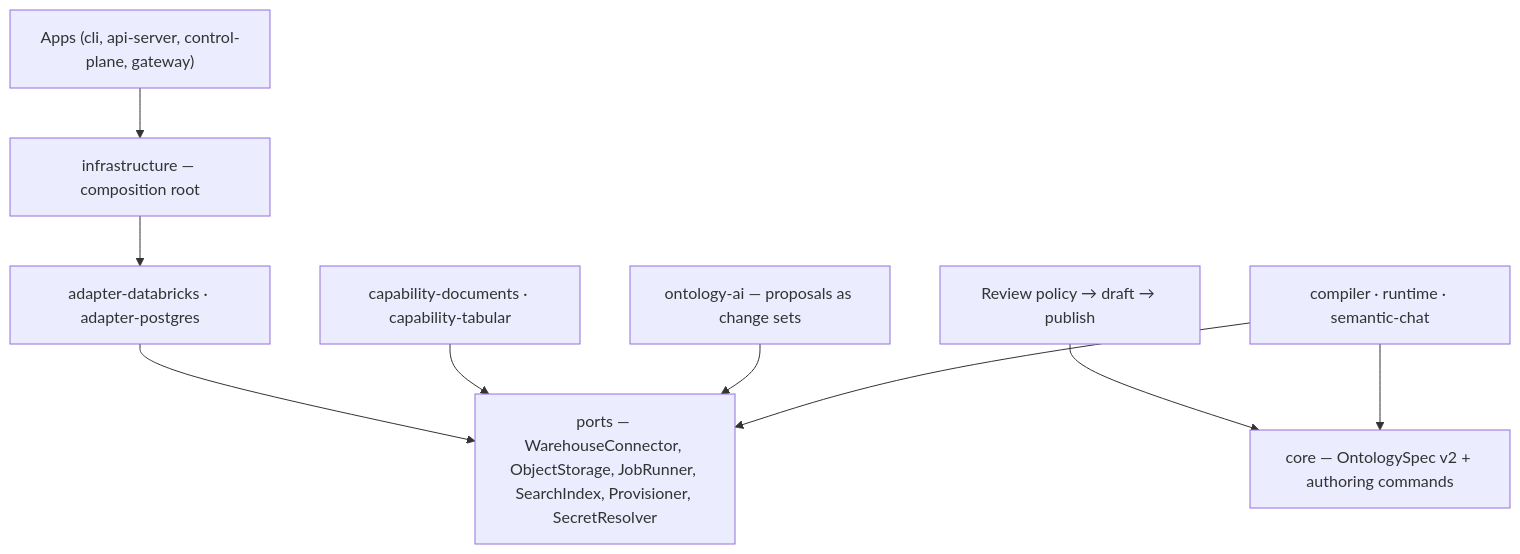
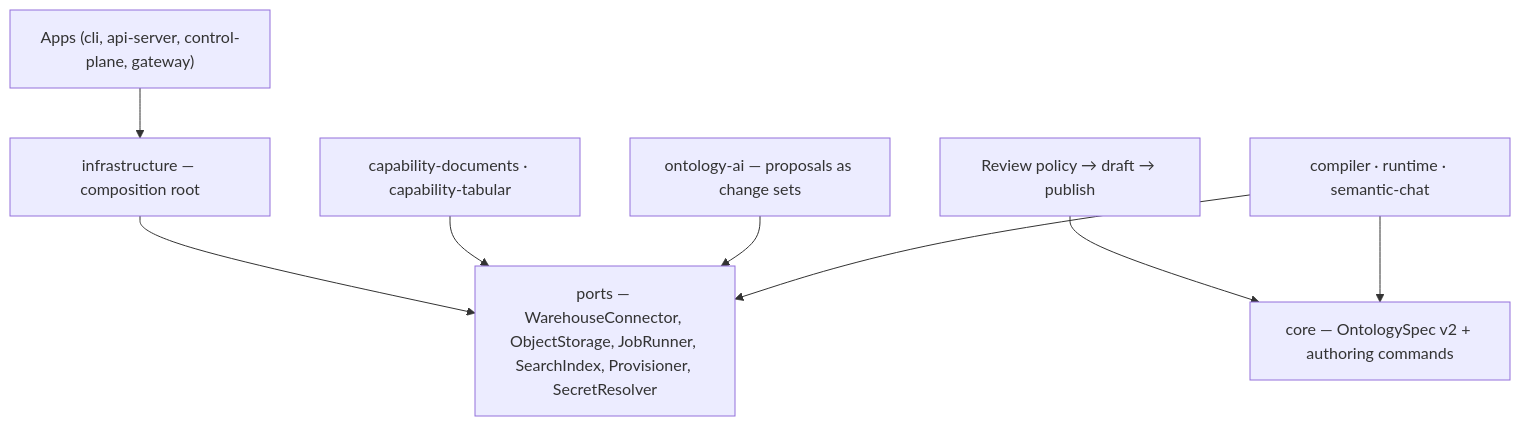
One commit to trybacked/anchor changed the third of 3 diagrams in README.md. Above: the diagram before and after it, drawn with Mermaid. The commit also changed other lines of this file and 238 other files, not shown here.

````diff
--- a/README.md
+++ b/README.md
@@ -114,11 +112,10 @@
 ```mermaid
 flowchart TB
   apps["Apps (cli, api-server, control-plane, gateway)"] --> infra["infrastructure — composition root"]
-  infra --> adapters["adapter-databricks · adapter-postgres"]
-  adapters --> ports["ports — WarehouseConnector, ObjectStorage, JobRunner, SearchIndex, Provisioner, SecretResolver"]
+  infra --> ports["ports — WarehouseConnector, ObjectStorage, JobRunner, SearchIndex, Provisioner, SecretResolver"]
   capabilities["capability-documents · capability-tabular"] --> ports
   ai["ontology-ai — proposals as change sets"] --> ports
   review["Review policy → draft → publish"] --> spec["core — OntologySpec v2 + authoring commands"]
   runtime["compiler · runtime · semantic-chat"] --> ports
   runtime --> spec
 ```
````
